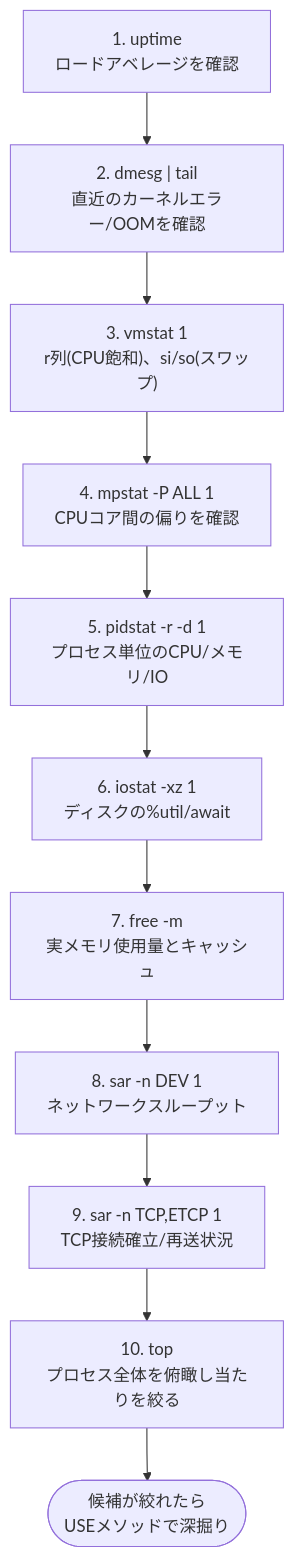
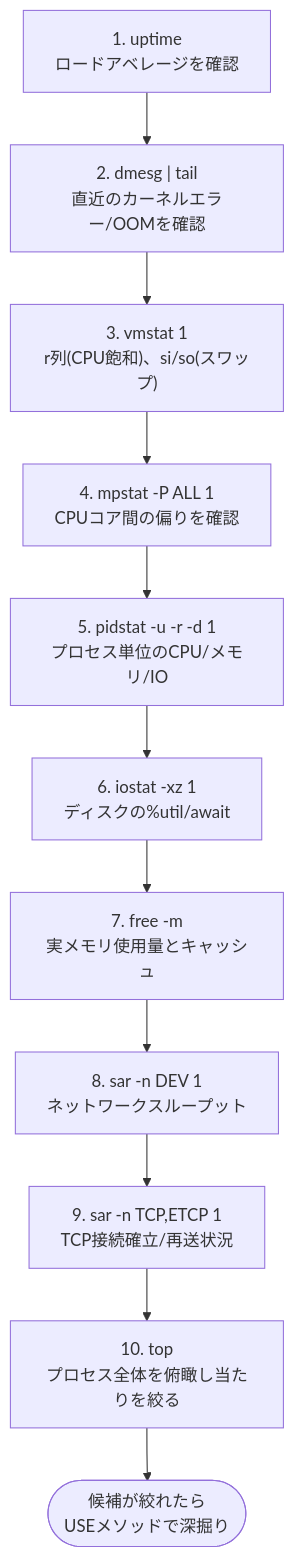
Diagram 17 of 18 in Systems-performance-guide.md (myoshi2891/Cloud-Infrastructure-Studies), drawn with Mermaid before and after one commit. The commit also changed other lines of this file, not shown here.

````diff
--- a/Systems-performance-guide.md
+++ b/Systems-performance-guide.md
@@ -583,13 +585,13 @@
 ```mermaid
 flowchart TB
     Q1["1. uptime<br/>ロードアベレージを確認"] --> Q2["2. dmesg | tail<br/>直近のカーネルエラー/OOMを確認"]
     Q2 --> Q3["3. vmstat 1<br/>r列(CPU飽和)、si/so(スワップ)"]
     Q3 --> Q4["4. mpstat -P ALL 1<br/>CPUコア間の偏りを確認"]
-    Q4 --> Q5["5. pidstat -r -d 1<br/>プロセス単位のCPU/メモリ/IO"]
+    Q4 --> Q5["5. pidstat -u -r -d 1<br/>プロセス単位のCPU/メモリ/IO"]
     Q5 --> Q6["6. iostat -xz 1<br/>ディスクの%util/await"]
     Q6 --> Q7["7. free -m<br/>実メモリ使用量とキャッシュ"]
     Q7 --> Q8["8. sar -n DEV 1<br/>ネットワークスループット"]
     Q8 --> Q9["9. sar -n TCP,ETCP 1<br/>TCP接続確立/再送状況"]
     Q9 --> Q10["10. top<br/>プロセス全体を俯瞰し当たりを絞る"]
     Q10 --> DONE(["候補が絞れたら<br/>USEメソッドで深掘り"])
 ```
````
